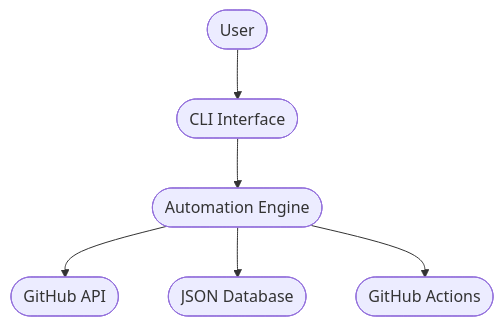
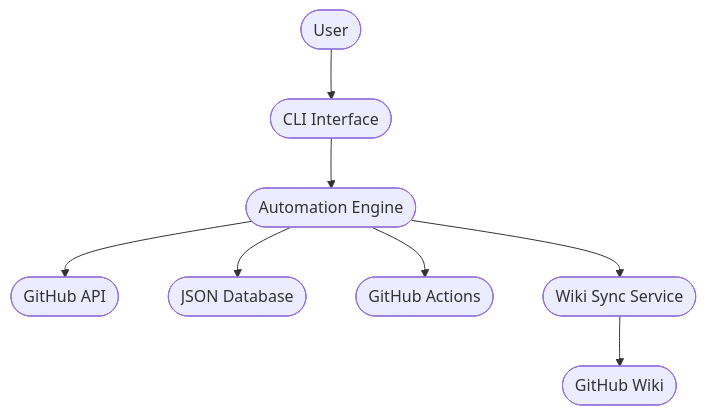
One commit to Shakour-Data/AutoProjectManagement changed the first of 11 diagrams in README.md. Above: the diagram before and after it, drawn with Mermaid. The commit also changed other lines of this file, not shown here.

Commit message:
`feat: add GitHub Wiki synchronization feature with new services and workflow`

````diff
--- a/README.md
+++ b/README.md
@@ -20,8 +21,10 @@
 ```mermaid
 graph TD
     User([User]) --> CLI([CLI Interface])
     CLI --> Engine([Automation Engine])
     Engine --> GitHub([GitHub API])
     Engine --> JSON([JSON Database])
     Engine --> Actions([GitHub Actions])
+    Engine --> Wiki([Wiki Sync Service])
+    Wiki --> GitHubWiki([GitHub Wiki])
 ```
````
